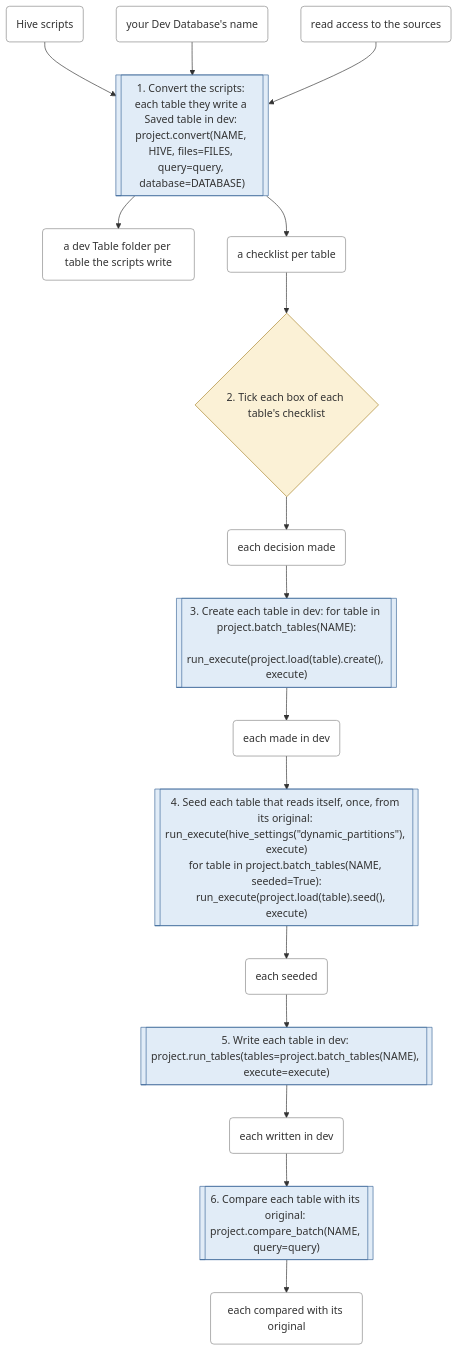
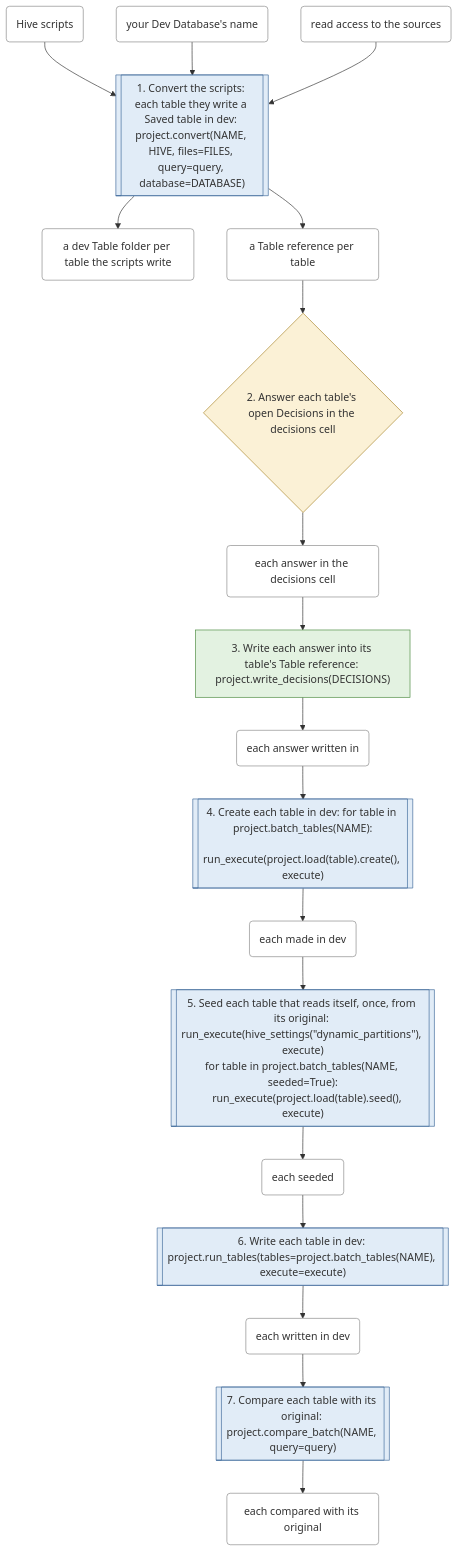
The first of 6 diagrams in docs/workflows.md (EdgyPage/SQL-Composer), drawn with Mermaid before and after one commit. The commit also changed other lines of this file and 43 other files, not shown here.

````diff
--- a/docs/workflows.md
+++ b/docs/workflows.md
@@ -23,40 +23,45 @@
 ```mermaid
 flowchart TD
     s0[["1. Convert the scripts: each table they write a Saved table in dev: project.convert(NAME, HIVE, files=FILES, query=query, database=DATABASE)"]]:::warehouse_call
-    s1{"2. Tick each box of each table's checklist"}:::your_decision
-    s2[["3. Create each table in dev: for table in project.batch_tables(NAME):
+    s1{"2. Answer each table's open Decisions in the decisions cell"}:::your_decision
+    s2["3. Write each answer into its table's Table reference: project.write_decisions(DECISIONS)"]:::files_only
+    s3[["4. Create each table in dev: for table in project.batch_tables(NAME):
     run_execute(project.load(table).create(), execute)"]]:::warehouse_call
-    s3[["4. Seed each table that reads itself, once, from its original: run_execute(hive_settings(#quot;dynamic_partitions#quot;), execute)
+    s4[["5. Seed each table that reads itself, once, from its original: run_execute(hive_settings(#quot;dynamic_partitions#quot;), execute)
 for table in project.batch_tables(NAME, seeded=True):
     run_execute(project.load(table).seed(), execute)"]]:::warehouse_call
-    s4[["5. Write each table in dev: project.run_tables(tables=project.batch_tables(NAME), execute=execute)"]]:::warehouse_call
-    s5[["6. Compare each table with its original: project.compare_batch(NAME, query=query)"]]:::warehouse_call
+    s5[["6. Write each table in dev: project.run_tables(tables=project.batch_tables(NAME), execute=execute)"]]:::warehouse_call
+    s6[["7. Compare each table with its original: project.compare_batch(NAME, query=query)"]]:::warehouse_call
     t0("Hive scripts"):::thing
     t1("your Dev Database's name"):::thing
     t2("read access to the sources"):::thing
     t3("a dev Table folder per table the scripts write"):::thing
-    t4("a checklist per table"):::thing
-    t5("each decision made"):::thing
-    t6("each made in dev"):::thing
-    t7("each seeded"):::thing
-    t8("each written in dev"):::thing
-    t9("each compared with its original"):::thing
+    t4("a Table reference per table"):::thing
+    t5("each answer in the decisions cell"):::thing
+    t6("each answer written in"):::thing
+    t7("each made in dev"):::thing
+    t8("each seeded"):::thing
+    t9("each written in dev"):::thing
+    t10("each compared with its original"):::thing
     t0 --> s0
     t1 --> s0
     t2 --> s0
     s0 --> t3
     s0 --> t4
     t4 --> s1
     s1 --> t5
     t5 --> s2
     s2 --> t6
     t6 --> s3
     s3 --> t7
     t7 --> s4
     s4 --> t8
     t8 --> s5
     s5 --> t9
+    t9 --> s6
+    s6 --> t10
+    classDef files_only fill:#e3f2e1,stroke:#4a8a3f
     classDef warehouse_call fill:#e1ecf7,stroke:#3f6a9a
     classDef your_decision fill:#fbf1d6,stroke:#a8842a
     classDef thing fill:#ffffff,stroke:#888888
 ```
````
